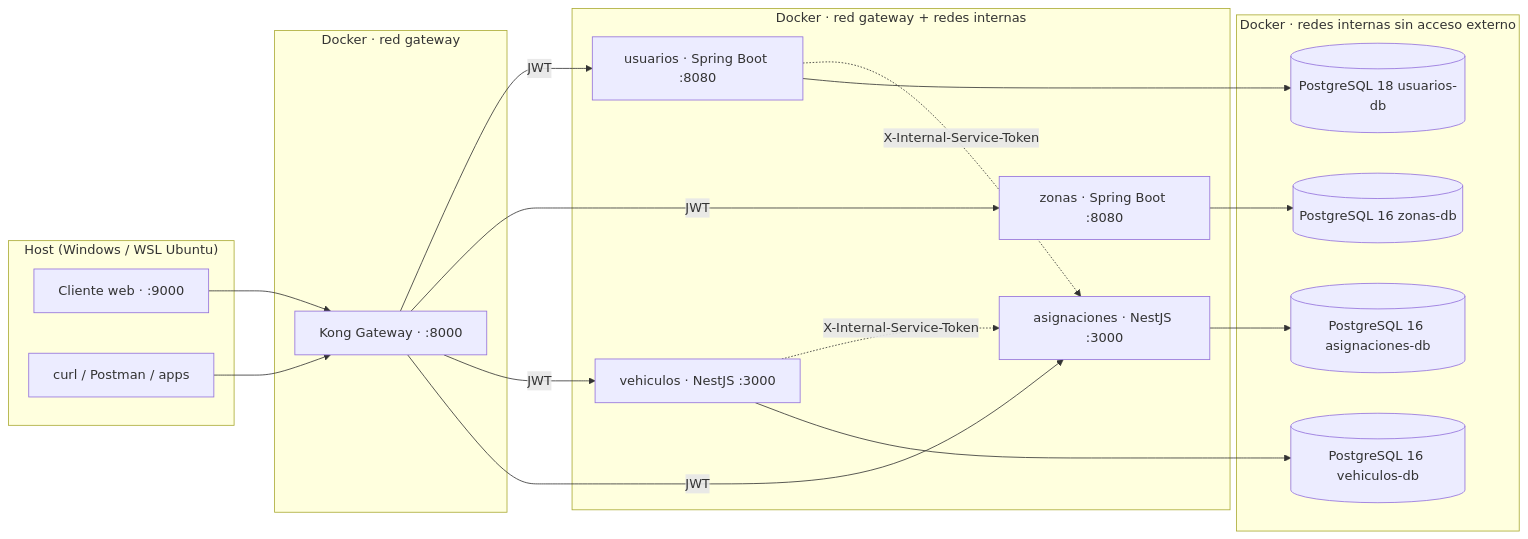
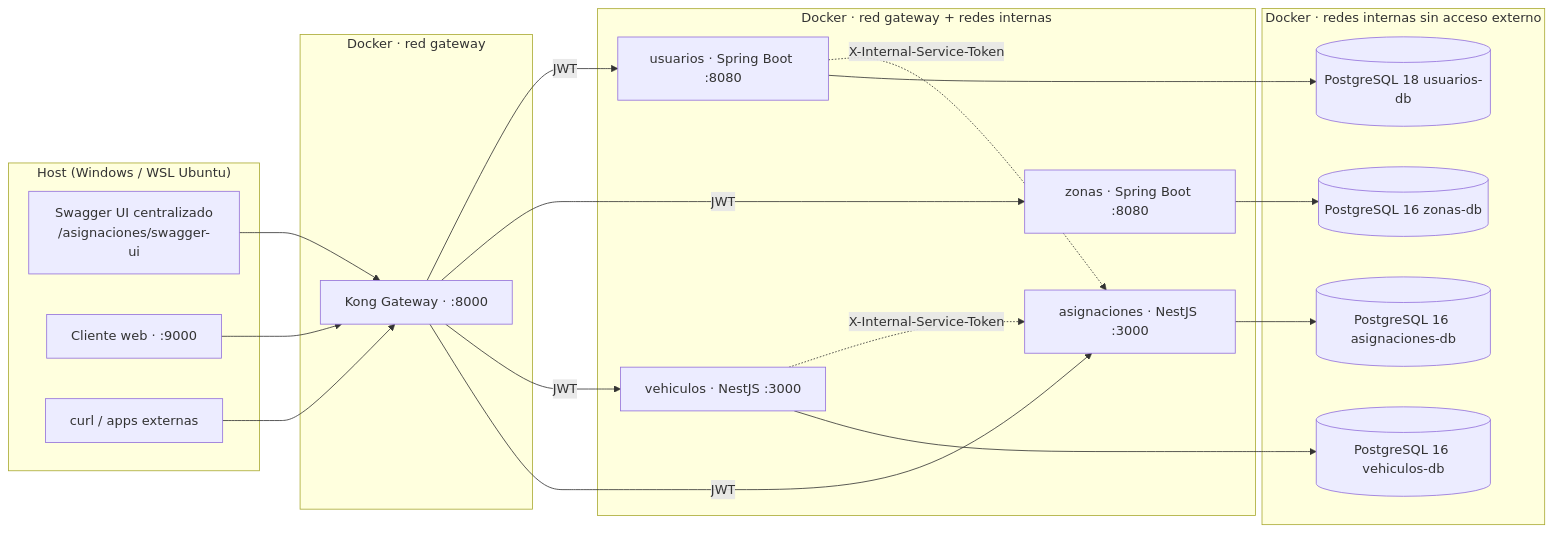
Before and after one commit to AMVMesias/Distribuidas-PC2: the first of 7 diagrams in README.md, drawn with Mermaid. The commit also changed other lines of this file, not shown here.

````diff
--- a/README.md
+++ b/README.md
@@ -72,38 +76,40 @@
 ```mermaid
 flowchart LR
     subgraph Host["Host (Windows / WSL Ubuntu)"]
+        Swagger["Swagger UI centralizado<br/>/asignaciones/swagger-ui"]
         Browser["Cliente web · :9000"]
-        Curl["curl / Postman / apps"]
+        Curl["curl / apps externas"]
     end
 
     subgraph GW["Docker · red gateway"]
         Kong["Kong Gateway · :8000"]
     end
 
     subgraph BE["Docker · red gateway + redes internas"]
         Usuarios["usuarios · Spring Boot :8080"]
         Zonas["zonas · Spring Boot :8080"]
         Vehiculos["vehiculos · NestJS :3000"]
         Asignaciones["asignaciones · NestJS :3000"]
     end
 
     subgraph DB["Docker · redes internas sin acceso externo"]
         DbU[("PostgreSQL 18 usuarios-db")]
         DbZ[("PostgreSQL 16 zonas-db")]
         DbV[("PostgreSQL 16 vehiculos-db")]
         DbA[("PostgreSQL 16 asignaciones-db")]
     end
 
+    Swagger --> Kong
     Browser --> Kong
     Curl --> Kong
     Kong -->|JWT| Usuarios
     Kong -->|JWT| Zonas
     Kong -->|JWT| Vehiculos
     Kong -->|JWT| Asignaciones
     Usuarios -.->|X-Internal-Service-Token| Asignaciones
     Vehiculos -.->|X-Internal-Service-Token| Asignaciones
     Usuarios --> DbU
     Zonas --> DbZ
     Vehiculos --> DbV
     Asignaciones --> DbA
 ```
````
